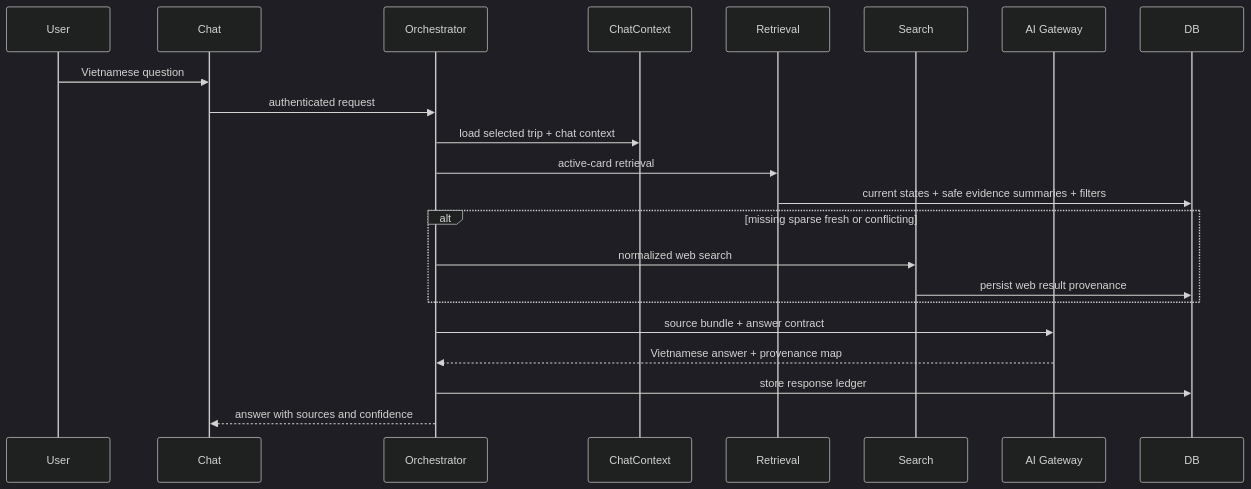
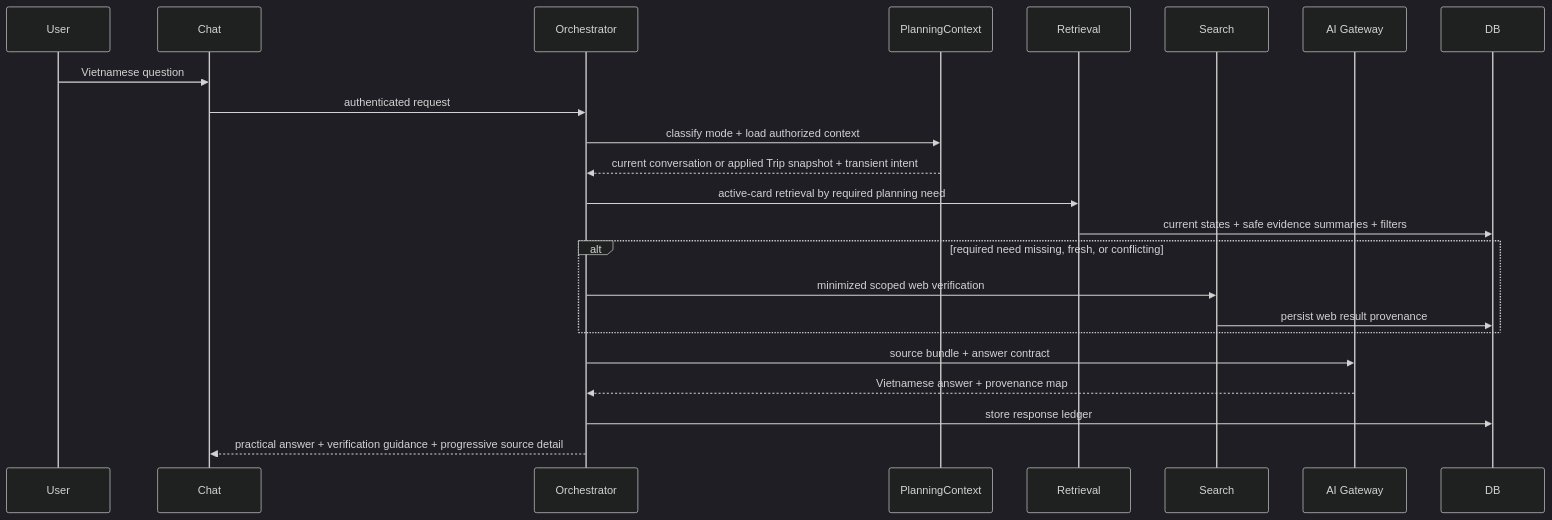
The third of 3 diagrams in _bmad-output/planning-artifacts/architecture/architecture-xuyenviet-2026-07-04/ARCHITECTURE-SPINE.md (tonytippi/xuyenviet), drawn with Mermaid (dark theme) before and after one commit. The commit also changed other lines of this file and 8 other files, not shown here.

````diff
--- a/_bmad-output/planning-artifacts/architecture/architecture-xuyenviet-2026-07-04/ARCHITECTURE-SPINE.md
+++ b/_bmad-output/planning-artifacts/architecture/architecture-xuyenviet-2026-07-04/ARCHITECTURE-SPINE.md
@@ -190,24 +190,25 @@
 ```mermaid
 sequenceDiagram
   participant User
   participant Chat
   participant Orchestrator
-  participant ChatContext
+  participant PlanningContext
   participant Retrieval
   participant Search
   participant AIGateway as AI Gateway
   participant DB
   User->>Chat: Vietnamese question
   Chat->>Orchestrator: authenticated request
-  Orchestrator->>ChatContext: load selected trip + chat context
-  Orchestrator->>Retrieval: active-card retrieval
+  Orchestrator->>PlanningContext: classify mode + load authorized context
+  PlanningContext-->>Orchestrator: current conversation or applied Trip snapshot + transient intent
+  Orchestrator->>Retrieval: active-card retrieval by required planning need
   Retrieval->>DB: current states + safe evidence summaries + filters
-  alt missing sparse fresh or conflicting
-    Orchestrator->>Search: normalized web search
+  alt required need missing, fresh, or conflicting
+    Orchestrator->>Search: minimized scoped web verification
     Search->>DB: persist web result provenance
   end
   Orchestrator->>AIGateway: source bundle + answer contract
   AIGateway-->>Orchestrator: Vietnamese answer + provenance map
   Orchestrator->>DB: store response ledger
-  Orchestrator-->>Chat: answer with sources and confidence
+  Orchestrator-->>Chat: practical answer + verification guidance + progressive source detail
 ```
````
